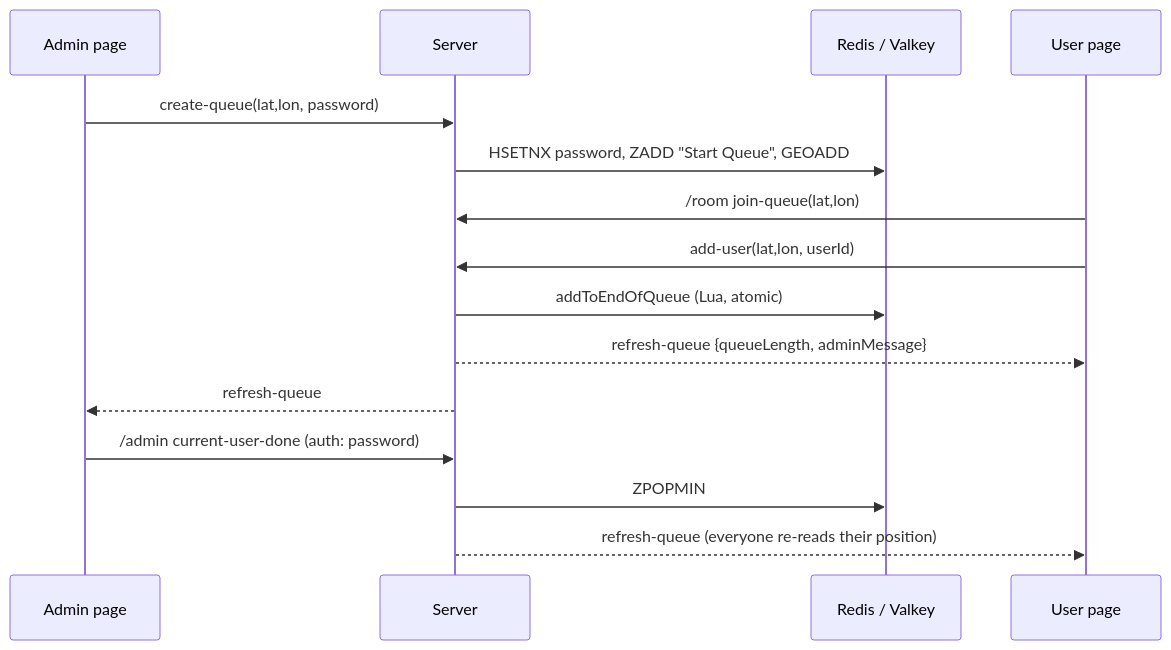
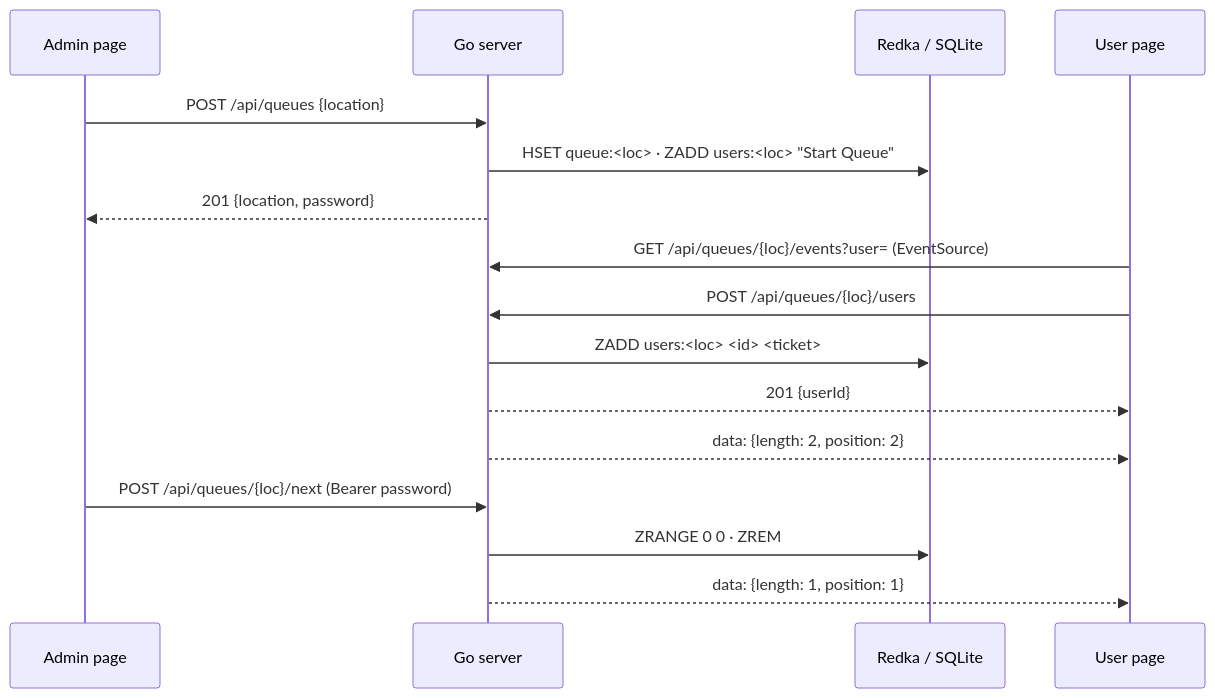
One commit to barakplasma/in-person-queue changed the diagram in README.md. Above: the diagram before and after it, drawn with Mermaid. The commit also changed other lines of this file and 40 other files, not shown here.

First line of the commit message:
Go server with Redka (SQLite) storage, SSE, Helm chart (#232)

````diff
--- a/README.md
+++ b/README.md
@@ -130,17 +87,18 @@
 ```mermaid
 sequenceDiagram
   participant A as Admin page
-  participant S as Server
-  participant R as Redis / Valkey
+  participant S as Go server
+  participant D as Redka / SQLite
   participant U as User page
-  A->>S: create-queue(lat,lon, password)
-  S->>R: HSETNX password, ZADD "Start Queue", GEOADD
-  U->>S: /room join-queue(lat,lon)
-  U->>S: add-user(lat,lon, userId)
-  S->>R: addToEndOfQueue (Lua, atomic)
-  S-->>U: refresh-queue {queueLength, adminMessage}
-  S-->>A: refresh-queue
-  A->>S: /admin current-user-done (auth: password)
-  S->>R: ZPOPMIN
-  S-->>U: refresh-queue (everyone re-reads their position)
+  A->>S: POST /api/queues {location}
+  S->>D: HSET queue:<loc> · ZADD users:<loc> "Start Queue"
+  S-->>A: 201 {location, password}
+  U->>S: GET /api/queues/{loc}/events?user= (EventSource)
+  U->>S: POST /api/queues/{loc}/users
+  S->>D: ZADD users:<loc> <id> <ticket>
+  S-->>U: 201 {userId}
+  S-->>U: data: {length: 2, position: 2}
+  A->>S: POST /api/queues/{loc}/next (Bearer password)
+  S->>D: ZRANGE 0 0 · ZREM
+  S-->>U: data: {length: 1, position: 1}
 ```
````
